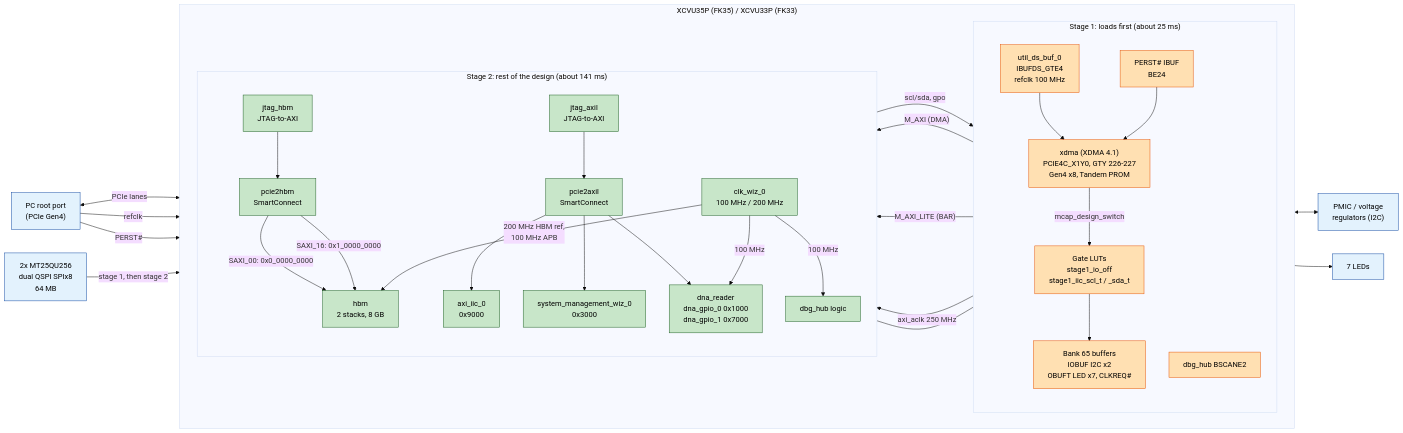
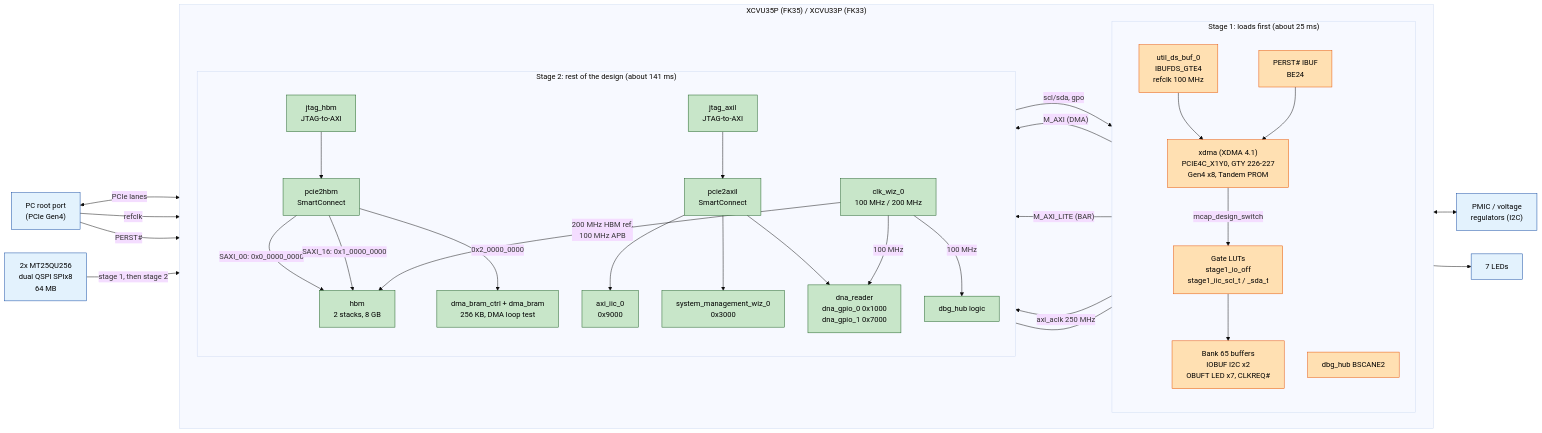
The third of 4 diagrams in docs/PCIe_Tandem.md (d953i/SQRL_FK33), drawn with Mermaid (base theme) before and after one commit. The commit also changed other lines of this file and 16 other files, not shown here.

````diff
--- a/docs/PCIe_Tandem.md
+++ b/docs/PCIe_Tandem.md
@@ -98,65 +98,67 @@
 ```mermaid
 flowchart LR
     RP["PC root port<br/>(PCIe Gen4)"]
     FLASH["2x MT25QU256<br/>dual QSPI SPIx8<br/>64 MB"]
     PMIC["PMIC / voltage<br/>regulators (I2C)"]
     LEDS["7 LEDs"]
 
     subgraph FPGA["XCVU35P (FK35) / XCVU33P (FK33)"]
         direction LR
         subgraph S1["Stage 1: loads first (about 25 ms)"]
             direction TB
             REFBUF["util_ds_buf_0<br/>IBUFDS_GTE4<br/>refclk 100 MHz"]
             XDMA["xdma (XDMA 4.1)<br/>PCIE4C_X1Y0, GTY 226-227<br/>Gen4 x8, Tandem PROM"]
             PERST["PERST# IBUF<br/>BE24"]
             GATE["Gate LUTs<br/>stage1_io_off<br/>stage1_iic_scl_t / _sda_t"]
             IOB["Bank 65 buffers<br/>IOBUF I2C x2<br/>OBUFT LED x7, CLKREQ#"]
             BSCAN["dbg_hub BSCANE2"]
         end
         subgraph S2["Stage 2: rest of the design (about 141 ms)"]
             direction TB
             CLK["clk_wiz_0<br/>100 MHz / 200 MHz"]
             SCH["pcie2hbm<br/>SmartConnect"]
             HBM["hbm<br/>2 stacks, 8 GB"]
+            BRAM["dma_bram_ctrl + dma_bram<br/>256 KB, DMA loop test"]
             SCL["pcie2axil<br/>SmartConnect"]
             IIC["axi_iic_0<br/>0x9000"]
             SYSMON["system_management_wiz_0<br/>0x3000"]
             DNA["dna_reader<br/>dna_gpio_0 0x1000<br/>dna_gpio_1 0x7000"]
             JH["jtag_hbm<br/>JTAG-to-AXI"]
             JL["jtag_axil<br/>JTAG-to-AXI"]
             DBG["dbg_hub logic"]
         end
     end
 
     RP <-->|"PCIe lanes"| XDMA
     RP -->|"refclk"| REFBUF --> XDMA
     RP -->|"PERST#"| PERST --> XDMA
     FLASH -->|"stage 1, then stage 2"| FPGA
 
     XDMA -->|"M_AXI (DMA)"| SCH
     JH --> SCH
     SCH -->|"SAXI_00: 0x0_0000_0000"| HBM
     SCH -->|"SAXI_16: 0x1_0000_0000"| HBM
+    SCH -->|"0x2_0000_0000"| BRAM
     XDMA -->|"M_AXI_LITE (BAR)"| SCL
     JL --> SCL
     SCL --> IIC
     SCL --> SYSMON
     SCL --> DNA
     XDMA -->|"axi_aclk 250 MHz"| CLK
     CLK -->|"200 MHz HBM ref,<br/>100 MHz APB"| HBM
     CLK -->|"100 MHz"| DNA
     CLK -->|"100 MHz"| DBG
     BSCAN --- DBG
 
     XDMA -->|"mcap_design_switch"| GATE --> IOB
     IIC -->|"scl/sda, gpo"| IOB
     IOB <--> PMIC
     IOB --> LEDS
 
     classDef stage1 fill:#ffe0b2,stroke:#e65100,color:#000
     classDef stage2 fill:#c8e6c9,stroke:#1b5e20,color:#000
     classDef ext fill:#e3f2fd,stroke:#0d47a1,color:#000
     class REFBUF,XDMA,PERST,GATE,IOB,BSCAN stage1
-    class CLK,SCH,HBM,SCL,IIC,SYSMON,DNA,JH,JL,DBG stage2
+    class CLK,SCH,HBM,BRAM,SCL,IIC,SYSMON,DNA,JH,JL,DBG stage2
     class RP,FLASH,PMIC,LEDS ext
 ```
````
